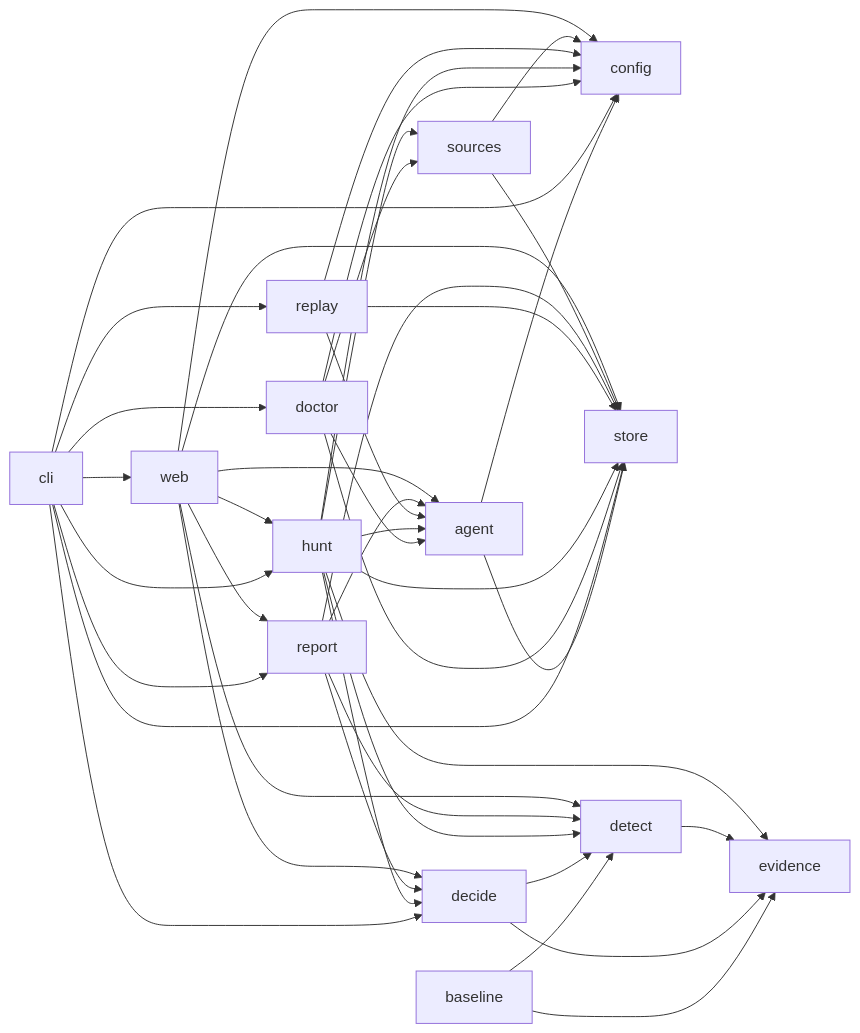
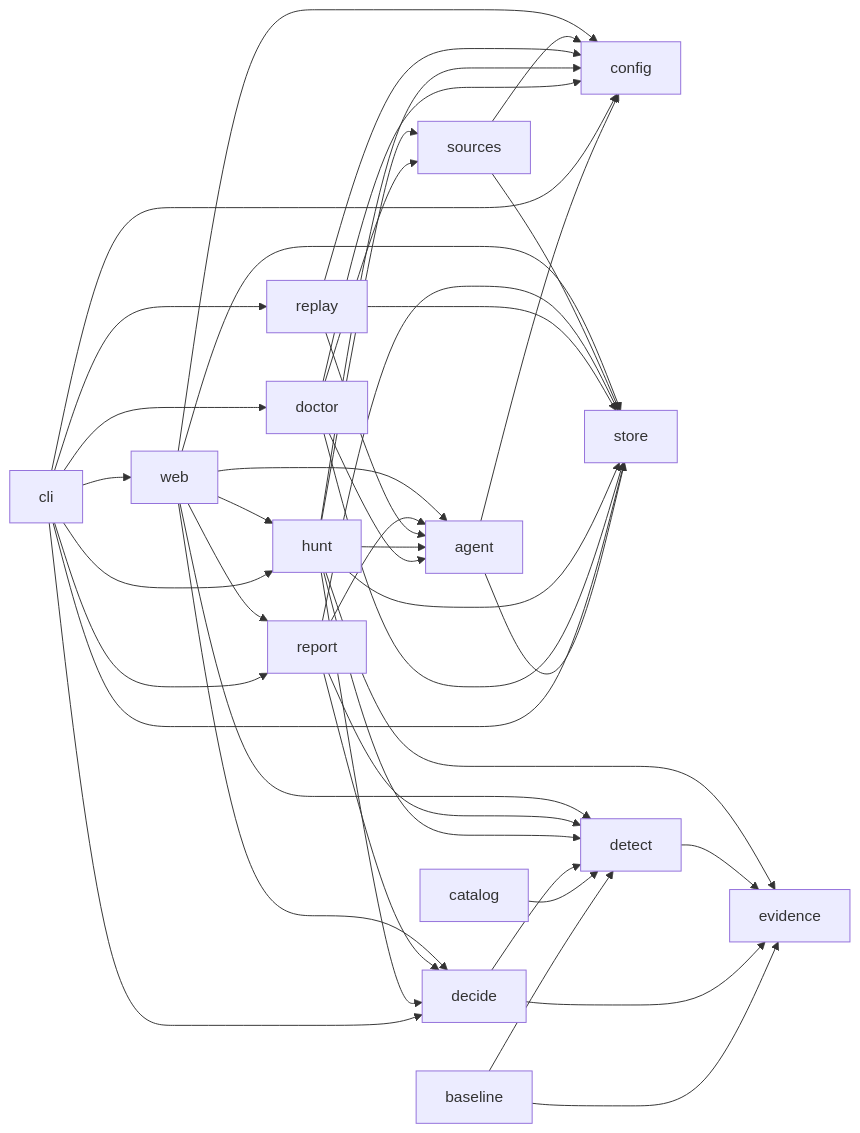
One commit to nickthabib-cloud/ROMULUS changed the diagram in docs/architecture/MODULE_MAP.md. Above: the diagram before and after it, drawn with Mermaid. The commit also changed other lines of this file and 5 other files, not shown here.

````diff
--- a/docs/architecture/MODULE_MAP.md
+++ b/docs/architecture/MODULE_MAP.md
@@ -104,45 +108,46 @@
 ```mermaid
 graph LR
   agent --> config
   agent --> store
   baseline --> detect
   baseline --> evidence
+  catalog --> detect
   cli --> config
   cli --> decide
   cli --> doctor
   cli --> hunt
   cli --> replay
   cli --> report
   cli --> store
   cli --> web
   decide --> detect
   decide --> evidence
   detect --> evidence
   doctor --> agent
   doctor --> config
   doctor --> sources
   doctor --> store
   hunt --> agent
   hunt --> config
   hunt --> decide
   hunt --> detect
   hunt --> evidence
   hunt --> sources
   hunt --> store
   replay --> agent
   replay --> config
   replay --> store
   report --> agent
   report --> decide
   report --> detect
   report --> store
   sources --> config
   sources --> store
   web --> agent
   web --> config
   web --> decide
   web --> detect
   web --> hunt
   web --> report
   web --> store
 ```
````
